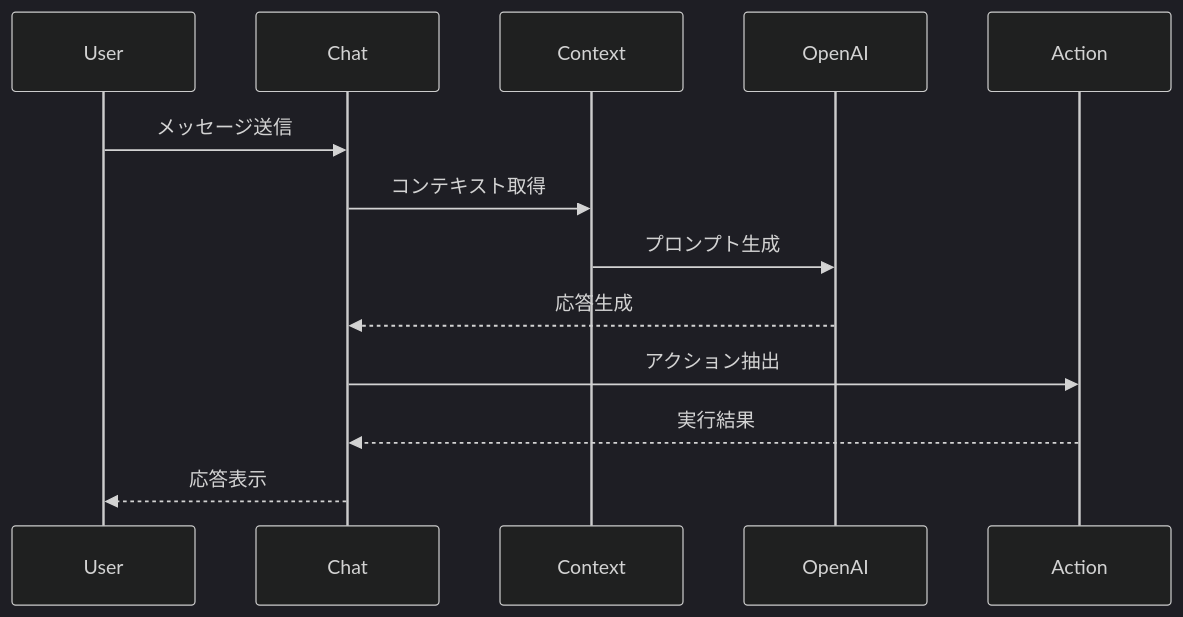
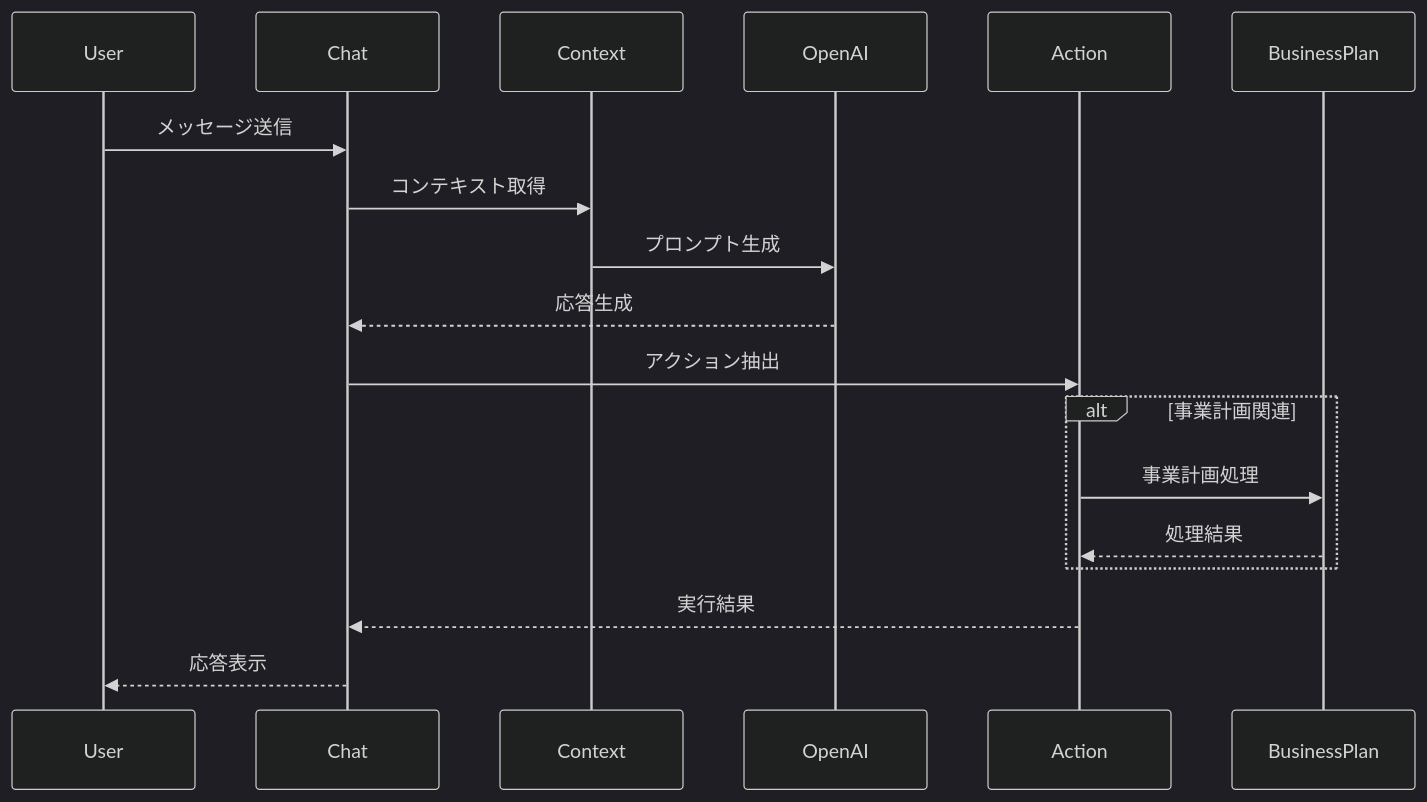
Before and after one commit to yu-Yoshiaki/coo-maeda: the fourth of 7 diagrams in docs/ARCHITECTURE.md, drawn with Mermaid (dark theme). The commit also changed other lines of this file and 34 other files, not shown here.

````diff
--- a/docs/ARCHITECTURE.md
+++ b/docs/ARCHITECTURE.md
@@ -143,16 +149,23 @@
 ```mermaid
 sequenceDiagram
     participant User
     participant Chat
     participant Context
     participant OpenAI
     participant Action
+    participant BusinessPlan
 
     User->>Chat: メッセージ送信
     Chat->>Context: コンテキスト取得
     Context->>OpenAI: プロンプト生成
     OpenAI-->>Chat: 応答生成
     Chat->>Action: アクション抽出
+
+    alt 事業計画関連
+        Action->>BusinessPlan: 事業計画処理
+        BusinessPlan-->>Action: 処理結果
+    end
+
     Action-->>Chat: 実行結果
     Chat-->>User: 応答表示
 ```
````
